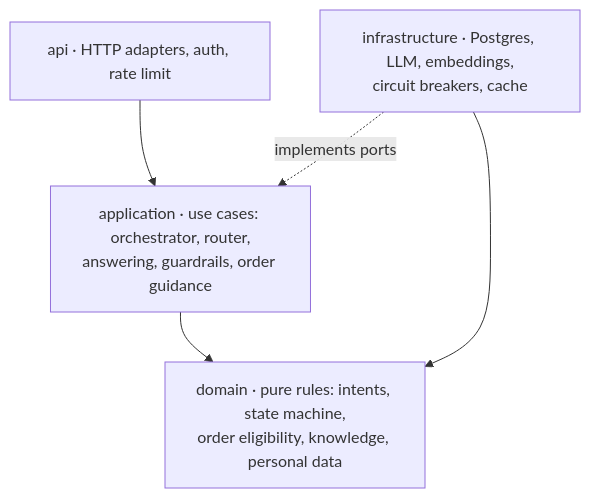
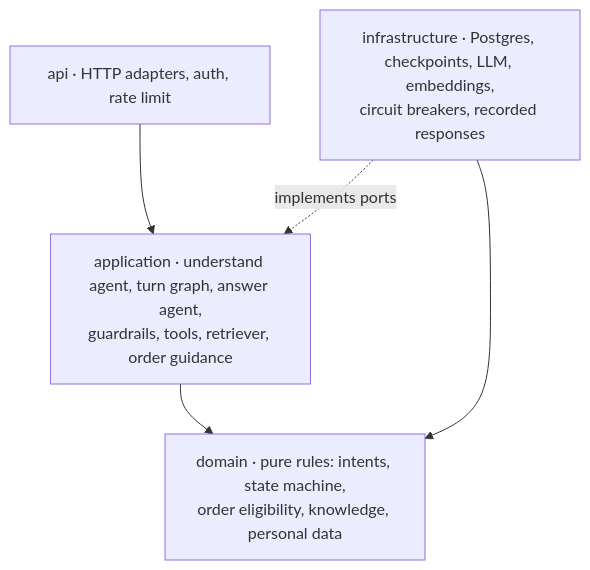
Before and after one commit to haoran-yang-henry/customer-chatbot: the third of 4 diagrams in README.md, drawn with Mermaid. The commit also changed other lines of this file, not shown here.

First line of the commit message:
docs(readme): the rebuilt agent: agents, turn graph, checkpoints, Langfuse, feedback

````diff
--- a/README.md
+++ b/README.md
@@ -87,8 +90,8 @@
 ```mermaid
 flowchart TB
     api["api · HTTP adapters, auth, rate limit"] --> application
-    application["application · use cases: orchestrator, router,<br/>answering, guardrails, order guidance"] --> domain
-    infrastructure["infrastructure · Postgres, LLM, embeddings,<br/>circuit breakers, cache"] -. implements ports .-> application
+    application["application · understand agent, turn graph, answer agent,<br/>guardrails, tools, retriever, order guidance"] --> domain
+    infrastructure["infrastructure · Postgres, checkpoints, LLM, embeddings,<br/>circuit breakers, recorded responses"] -. implements ports .-> application
     infrastructure --> domain
     domain["domain · pure rules: intents, state machine,<br/>order eligibility, knowledge, personal data"]
 ```
````
